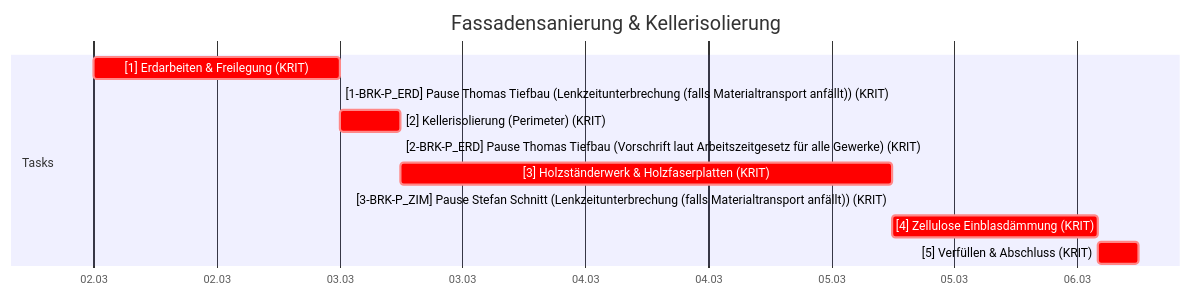
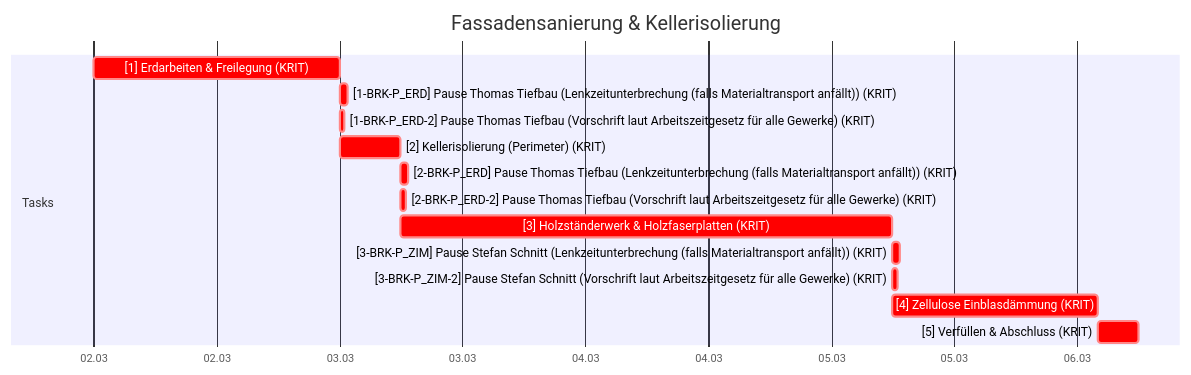
Before and after one commit to mistamichael/sproject: the second of 9 diagrams in tests/golden/fassadenbau.md, drawn with Mermaid. The commit also changed other lines of this file and 10 other files, not shown here.

````diff
--- a/tests/golden/fassadenbau.md
+++ b/tests/golden/fassadenbau.md
@@ -78,17 +90,20 @@
 ```mermaid
 gantt
     title Fassadensanierung & Kellerisolierung
     dateFormat  YYYY-MM-DD HH:mm
     axisFormat  %d.%m
 
     section Feiertage
     section Tasks
     [1] Erdarbeiten & Freilegung (KRIT) :crit, 2026-03-02 00:00, 2026-03-03 00:00
-    [1-BRK-P_ERD] Pause Thomas Tiefbau (Lenkzeitunterbrechung (falls Materialtransport anfällt)) (KRIT) :crit, 2026-03-03 00:00, 2026-03-03 00:00
+    [1-BRK-P_ERD] Pause Thomas Tiefbau (Lenkzeitunterbrechung (falls Materialtransport anfällt)) (KRIT) :crit, 2026-03-03 00:00, 2026-03-03 00:45
+    [1-BRK-P_ERD-2] Pause Thomas Tiefbau (Vorschrift laut Arbeitszeitgesetz für alle Gewerke) (KRIT) :crit, 2026-03-03 00:00, 2026-03-03 00:30
     [2] Kellerisolierung (Perimeter) (KRIT) :crit, 2026-03-03 00:00, 2026-03-03 06:00
-    [2-BRK-P_ERD] Pause Thomas Tiefbau (Vorschrift laut Arbeitszeitgesetz für alle Gewerke) (KRIT) :crit, 2026-03-03 06:00, 2026-03-03 06:00
+    [2-BRK-P_ERD] Pause Thomas Tiefbau (Lenkzeitunterbrechung (falls Materialtransport anfällt)) (KRIT) :crit, 2026-03-03 06:00, 2026-03-03 06:45
+    [2-BRK-P_ERD-2] Pause Thomas Tiefbau (Vorschrift laut Arbeitszeitgesetz für alle Gewerke) (KRIT) :crit, 2026-03-03 06:00, 2026-03-03 06:30
     [3] Holzständerwerk & Holzfaserplatten (KRIT) :crit, 2026-03-03 06:00, 2026-03-05 06:00
-    [3-BRK-P_ZIM] Pause Stefan Schnitt (Lenkzeitunterbrechung (falls Materialtransport anfällt)) (KRIT) :crit, 2026-03-05 06:00, 2026-03-05 06:00
+    [3-BRK-P_ZIM] Pause Stefan Schnitt (Lenkzeitunterbrechung (falls Materialtransport anfällt)) (KRIT) :crit, 2026-03-05 06:00, 2026-03-05 06:45
+    [3-BRK-P_ZIM-2] Pause Stefan Schnitt (Vorschrift laut Arbeitszeitgesetz für alle Gewerke) (KRIT) :crit, 2026-03-05 06:00, 2026-03-05 06:30
     [4] Zellulose Einblasdämmung (KRIT) :crit, 2026-03-05 06:00, 2026-03-06 02:00
     [5] Verfüllen & Abschluss (KRIT) :crit, 2026-03-06 02:00, 2026-03-06 06:00
 ```
````
